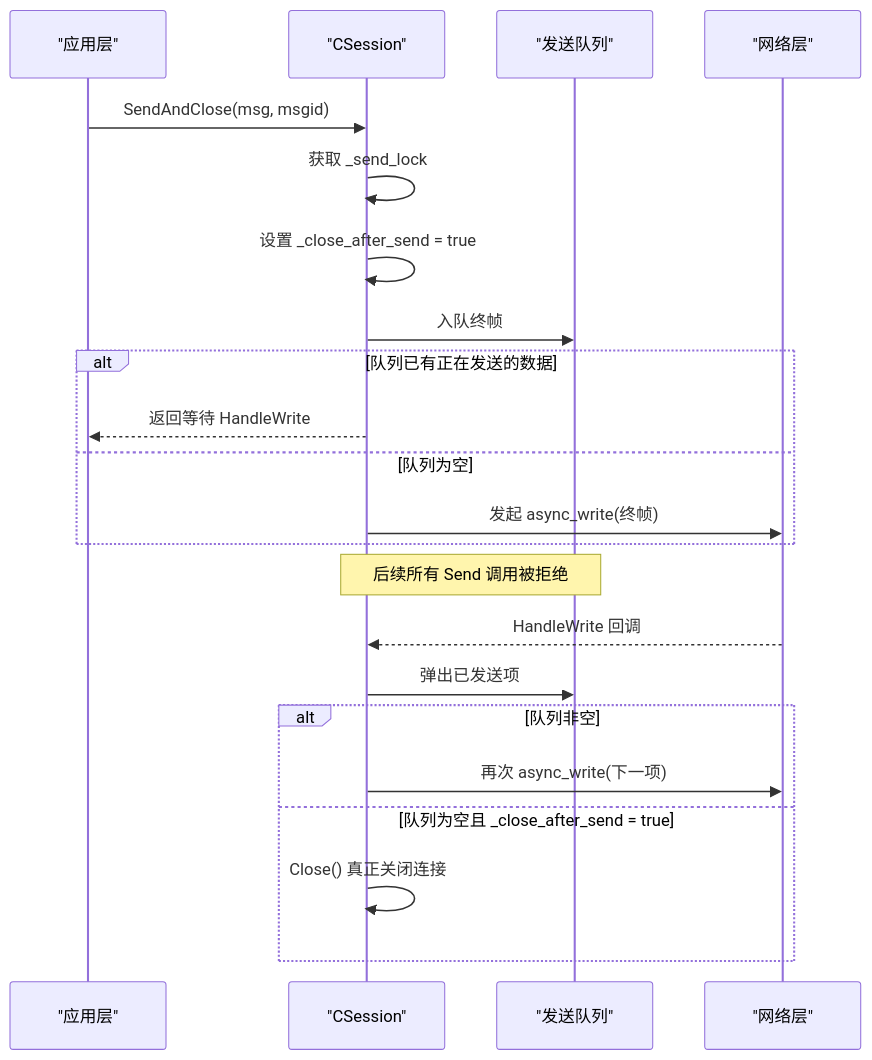
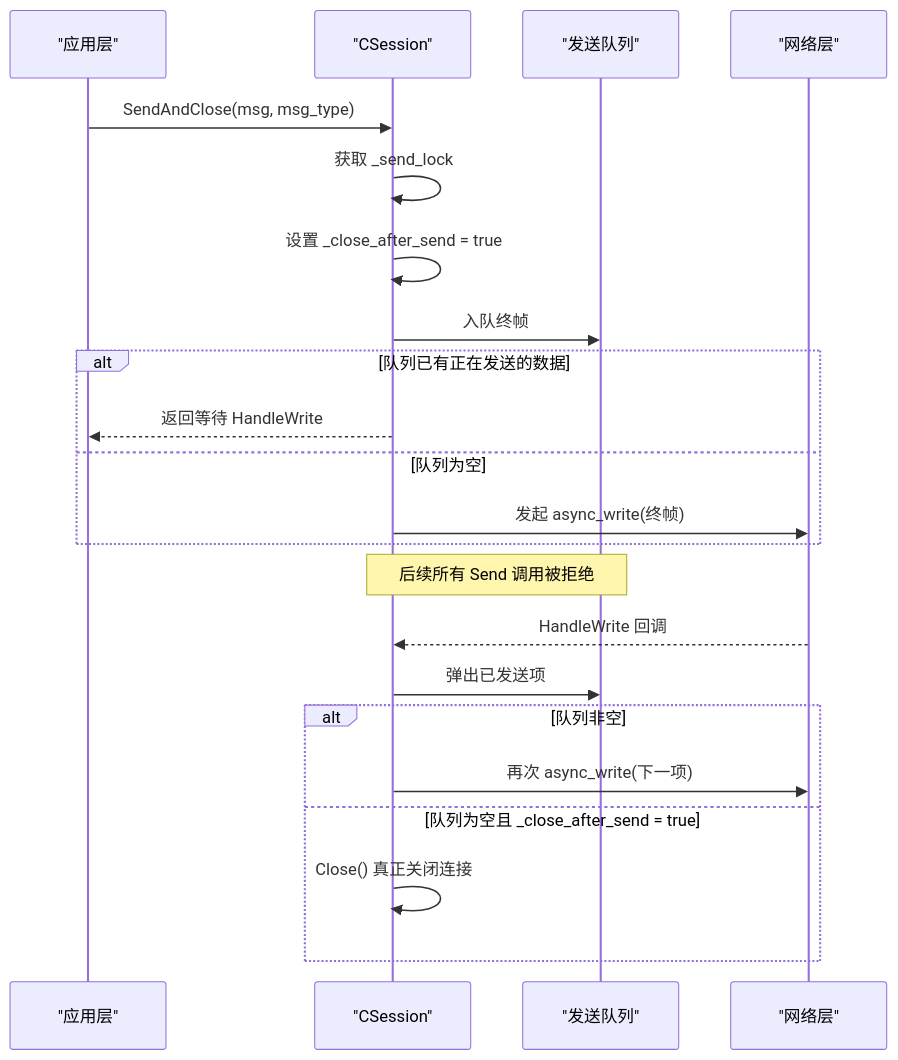
One commit to echo9923/mychatter changed the fourth of 11 diagrams in .qoder/repowiki/zh/content/服务端开发/ChatServer聊天核心服务/会话管理/并发控制与同步.md. Above: the diagram before and after it, drawn with Mermaid. The commit also changed other lines of this file and 128 other files, not shown here.

First line of the commit message:
refactor(protocol): TCP 帧头消息类型 msg_id 全局改名为 msg_type

````diff
--- a/.qoder/repowiki/zh/content/服务端开发/ChatServer聊天核心服务/会话管理/并发控制与同步.md
+++ b/.qoder/repowiki/zh/content/服务端开发/ChatServer聊天核心服务/会话管理/并发控制与同步.md
@@ -175,24 +175,24 @@
 ```mermaid
 sequenceDiagram
 participant App as "应用层"
 participant Sess as "CSession"
 participant Q as "发送队列"
 participant Net as "网络层"
-App->>Sess : SendAndClose(msg, msgid)
+App->>Sess : SendAndClose(msg, msg_type)
 Sess->>Sess : 获取 _send_lock
 Sess->>Sess : 设置 _close_after_send = true
 Sess->>Q : 入队终帧
 alt 队列已有正在发送的数据
 Sess-->>App : 返回等待 HandleWrite
 else 队列为空
 Sess->>Net : 发起 async_write(终帧)
 end
 Note over Sess,Q : 后续所有 Send 调用被拒绝
 Net-->>Sess : HandleWrite 回调
 Sess->>Q : 弹出已发送项
 alt 队列非空
 Sess->>Net : 再次 async_write(下一项)
 else 队列为空且 _close_after_send = true
 Sess->>Sess : Close() 真正关闭连接
 end
 ```
````
